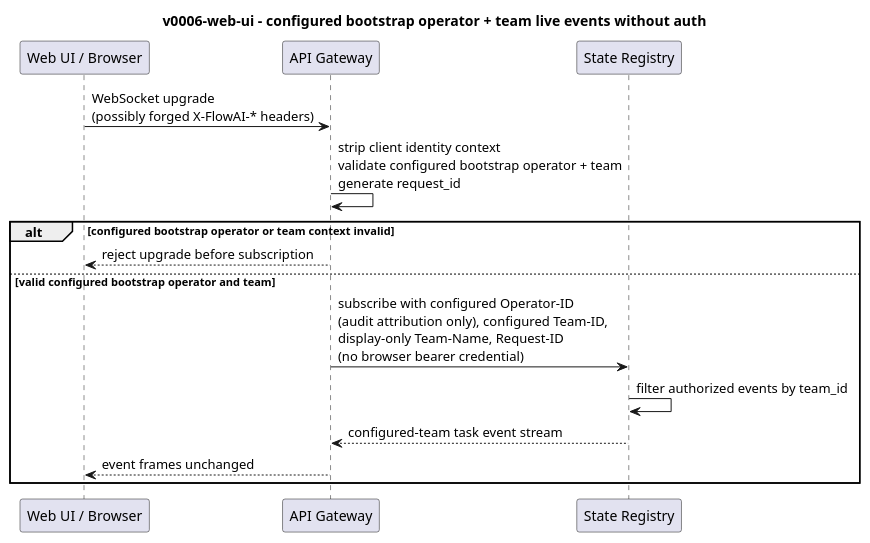
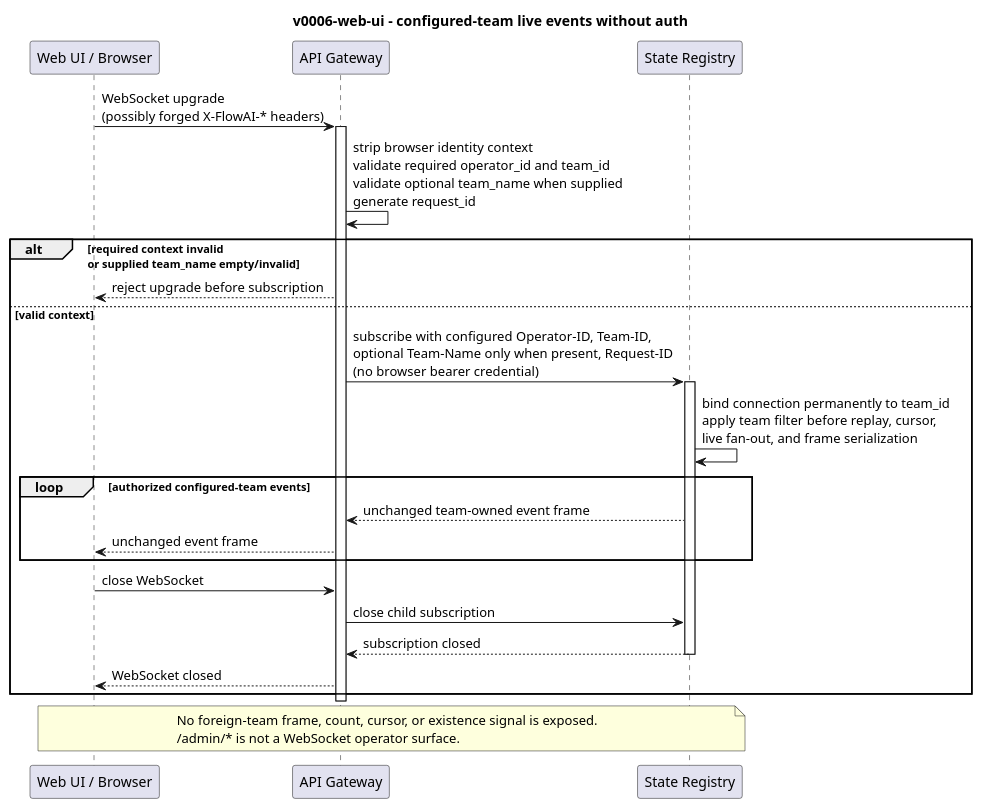
The diagram in openspec/changes/v0006-web-ui/specs/diagrams/03-live-events-no-auth.puml (pandops/flowai), drawn with PlantUML before and after one commit. The commit also changed 22 other files, not shown here.

```diff
--- a/openspec/changes/v0006-web-ui/specs/diagrams/03-live-events-no-auth.puml
+++ b/openspec/changes/v0006-web-ui/specs/diagrams/03-live-events-no-auth.puml
@@ -2,19 +2,35 @@
 @startuml
-title v0006-web-ui - configured bootstrap operator + team live events without auth
+title v0006-web-ui - configured-team live events without auth
 
-participant "Web UI / Browser" as UI
-participant "API Gateway" as GW
-participant "State Registry" as State
+participant "Web UI / Browser" as web_browser
+participant "API Gateway" as api_gateway
+participant "State Registry" as state_registry
 
-UI -> GW : WebSocket upgrade\n(possibly forged X-FlowAI-* headers)
-GW -> GW : strip client identity context\nvalidate configured bootstrap operator + team\ngenerate request_id
-alt configured bootstrap operator or team context invalid
-  GW --> UI : reject upgrade before subscription
-else valid configured bootstrap operator and team
-  GW -> State : subscribe with configured Operator-ID\n(audit attribution only), configured Team-ID,\ndisplay-only Team-Name, Request-ID\n(no browser bearer credential)
-  State -> State : filter authorized events by team_id
-  State --> GW : configured-team task event stream
-  GW --> UI : event frames unchanged
+web_browser -> api_gateway : WebSocket upgrade\n(possibly forged X-FlowAI-* headers)
+activate api_gateway
+api_gateway -> api_gateway : strip browser identity context\nvalidate required operator_id and team_id\nvalidate optional team_name when supplied\ngenerate request_id
+
+alt required context invalid\nor supplied team_name empty/invalid
+  api_gateway --> web_browser : reject upgrade before subscription
+else valid context
+  api_gateway -> state_registry : subscribe with configured Operator-ID, Team-ID,\noptional Team-Name only when present, Request-ID\n(no browser bearer credential)
+  activate state_registry
+  state_registry -> state_registry : bind connection permanently to team_id\napply team filter before replay, cursor,\nlive fan-out, and frame serialization
+  loop authorized configured-team events
+    state_registry --> api_gateway : unchanged team-owned event frame
+    api_gateway --> web_browser : unchanged event frame
+  end
+  web_browser -> api_gateway : close WebSocket
+  api_gateway -> state_registry : close child subscription
+  state_registry --> api_gateway : subscription closed
+  deactivate state_registry
+  api_gateway --> web_browser : WebSocket closed
 end
+deactivate api_gateway
+
+note over web_browser, state_registry
+  No foreign-team frame, count, cursor, or existence signal is exposed.
+  /admin/* is not a WebSocket operator surface.
+end note
 
 @enduml
```
